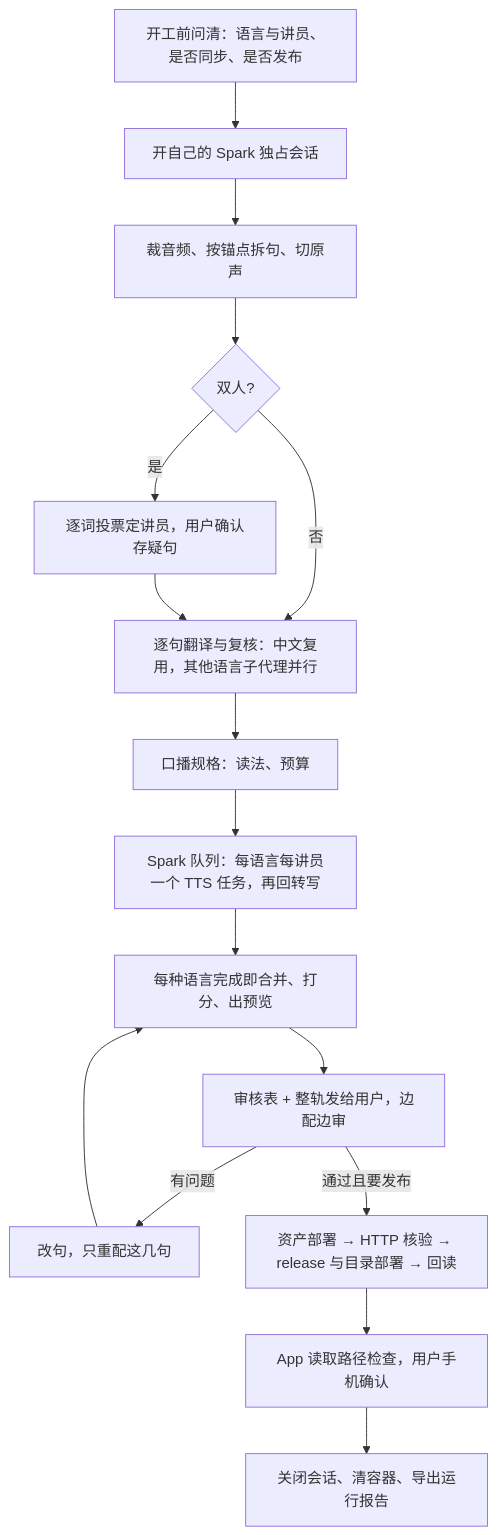
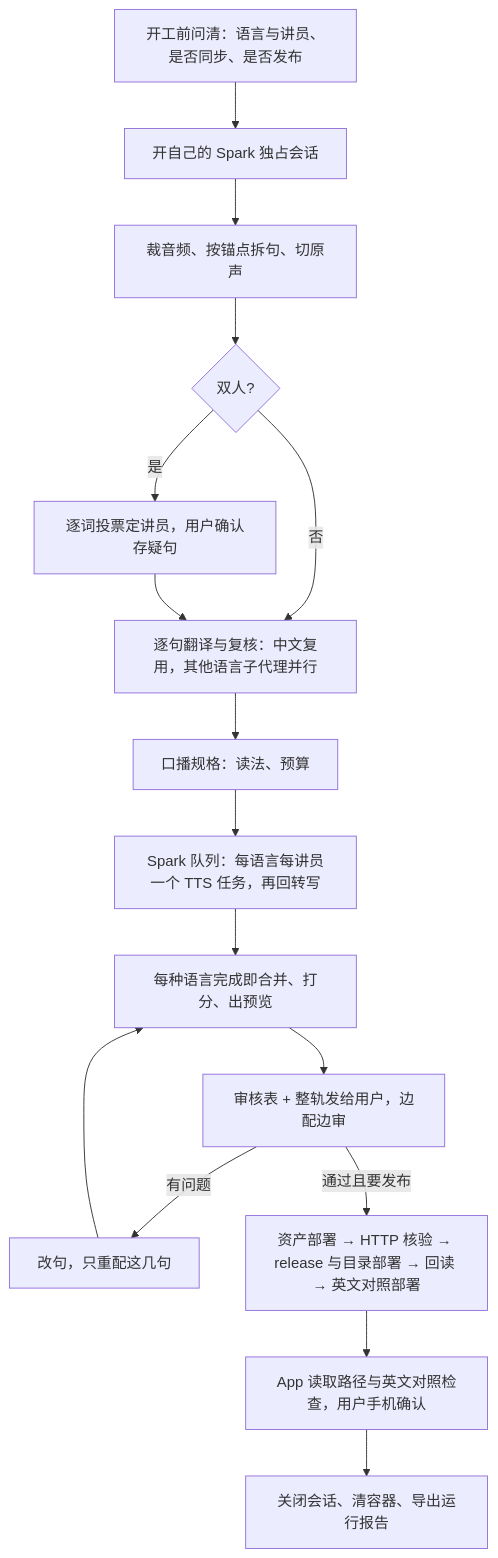
One commit to JonathanJing/sermon-video-zh-subtitles changed the diagram in docs/sentence-first-agent-production.zh.md. Above: the diagram before and after it, drawn with Mermaid. The commit also changed other lines of this file and 3 other files, not shown here.

````diff
--- a/docs/sentence-first-agent-production.zh.md
+++ b/docs/sentence-first-agent-production.zh.md
@@ -35,17 +35,17 @@
 ```mermaid
 flowchart TD
   A[开工前问清：语言与讲员、是否同步、是否发布] --> B[开自己的 Spark 独占会话]
   B --> C[裁音频、按锚点拆句、切原声]
   C --> D{双人?}
   D -- 是 --> E[逐词投票定讲员，用户确认存疑句]
   D -- 否 --> F
   E --> F[逐句翻译与复核：中文复用，其他语言子代理并行]
   F --> G[口播规格：读法、预算]
   G --> H[Spark 队列：每语言每讲员一个 TTS 任务，再回转写]
   H --> I[每种语言完成即合并、打分、出预览]
   I --> J[审核表 + 整轨发给用户，边配边审]
   J -- 有问题 --> K[改句，只重配这几句] --> I
-  J -- 通过且要发布 --> L[资产部署 → HTTP 核验 → release 与目录部署 → 回读]
-  L --> M[App 读取路径检查，用户手机确认]
+  J -- 通过且要发布 --> L[资产部署 → HTTP 核验 → release 与目录部署 → 回读 → 英文对照部署]
+  L --> M[App 读取路径与英文对照检查，用户手机确认]
   M --> N[关闭会话、清容器、导出运行报告]
 ```
````
